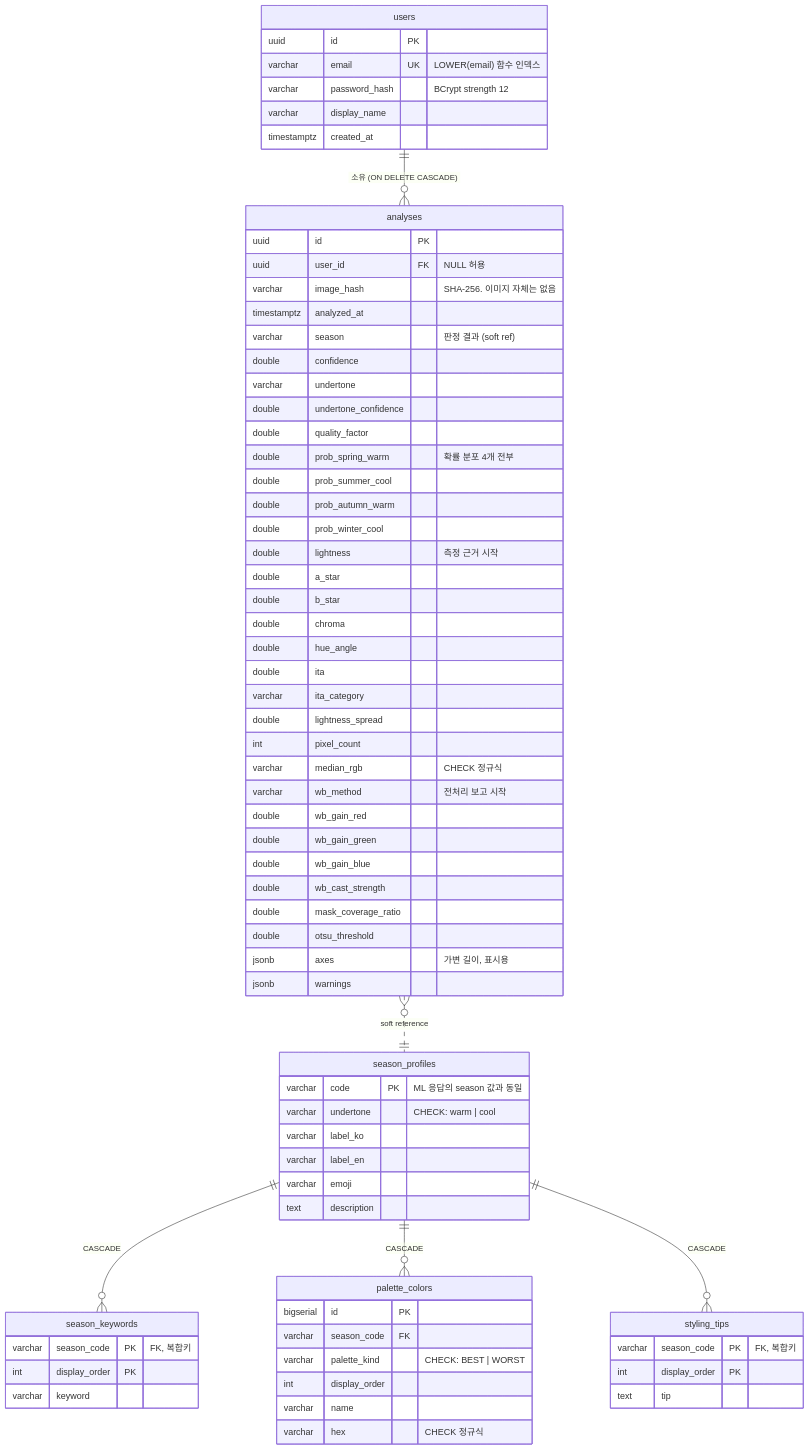
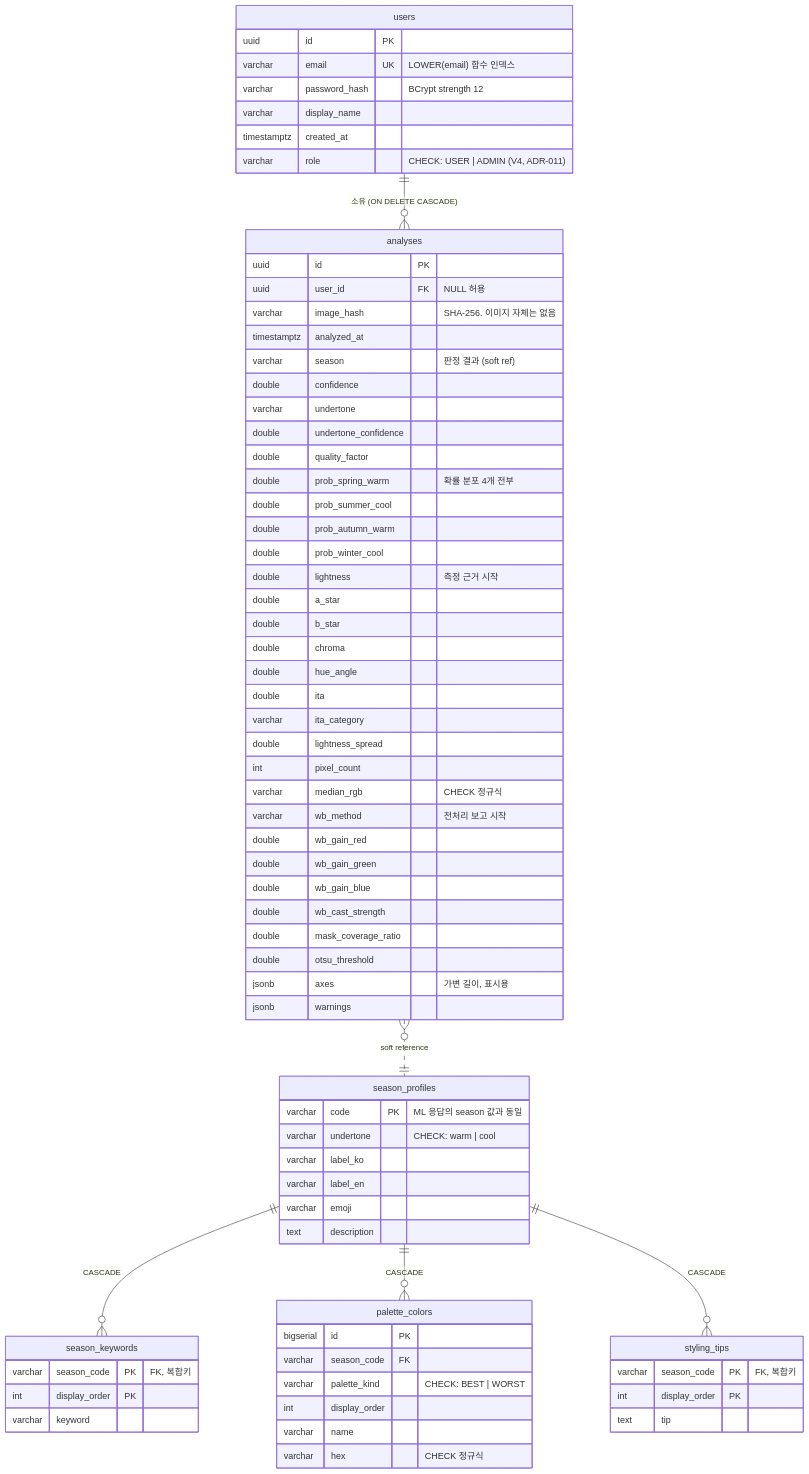
The diagram in docs/09-data-model.md (JUNGMIN0117/warm), drawn with Mermaid before and after one commit. The commit also changed 38 other files, not shown here.

````diff
--- a/docs/09-data-model.md
+++ b/docs/09-data-model.md
@@ -9,81 +9,82 @@
 ```mermaid
 erDiagram
     users ||--o{ analyses : "소유 (ON DELETE CASCADE)"
     season_profiles ||--o{ season_keywords : "CASCADE"
     season_profiles ||--o{ palette_colors : "CASCADE"
     season_profiles ||--o{ styling_tips : "CASCADE"
     analyses }o..|| season_profiles : "soft reference"
 
     users {
         uuid id PK
         varchar email UK "LOWER(email) 함수 인덱스"
         varchar password_hash "BCrypt strength 12"
         varchar display_name
         timestamptz created_at
+        varchar role "CHECK: USER | ADMIN (V4, ADR-011)"
     }
 
     analyses {
         uuid id PK
         uuid user_id FK "NULL 허용"
         varchar image_hash "SHA-256. 이미지 자체는 없음"
         timestamptz analyzed_at
         varchar season "판정 결과 (soft ref)"
         double confidence
         varchar undertone
         double undertone_confidence
         double quality_factor
         double prob_spring_warm "확률 분포 4개 전부"
         double prob_summer_cool
         double prob_autumn_warm
         double prob_winter_cool
         double lightness "측정 근거 시작"
         double a_star
         double b_star
         double chroma
         double hue_angle
         double ita
         varchar ita_category
         double lightness_spread
         int pixel_count
         varchar median_rgb "CHECK 정규식"
         varchar wb_method "전처리 보고 시작"
         double wb_gain_red
         double wb_gain_green
         double wb_gain_blue
         double wb_cast_strength
         double mask_coverage_ratio
         double otsu_threshold
         jsonb axes "가변 길이, 표시용"
         jsonb warnings
     }
 
     season_profiles {
         varchar code PK "ML 응답의 season 값과 동일"
         varchar undertone "CHECK: warm | cool"
         varchar label_ko
         varchar label_en
         varchar emoji
         text description
     }
 
     season_keywords {
         varchar season_code PK "FK, 복합키"
         int display_order PK
         varchar keyword
     }
 
     palette_colors {
         bigserial id PK
         varchar season_code FK
         varchar palette_kind "CHECK: BEST | WORST"
         int display_order
         varchar name
         varchar hex "CHECK 정규식"
     }
 
     styling_tips {
         varchar season_code PK "FK, 복합키"
         int display_order PK
         text tip
     }
 ```
````
